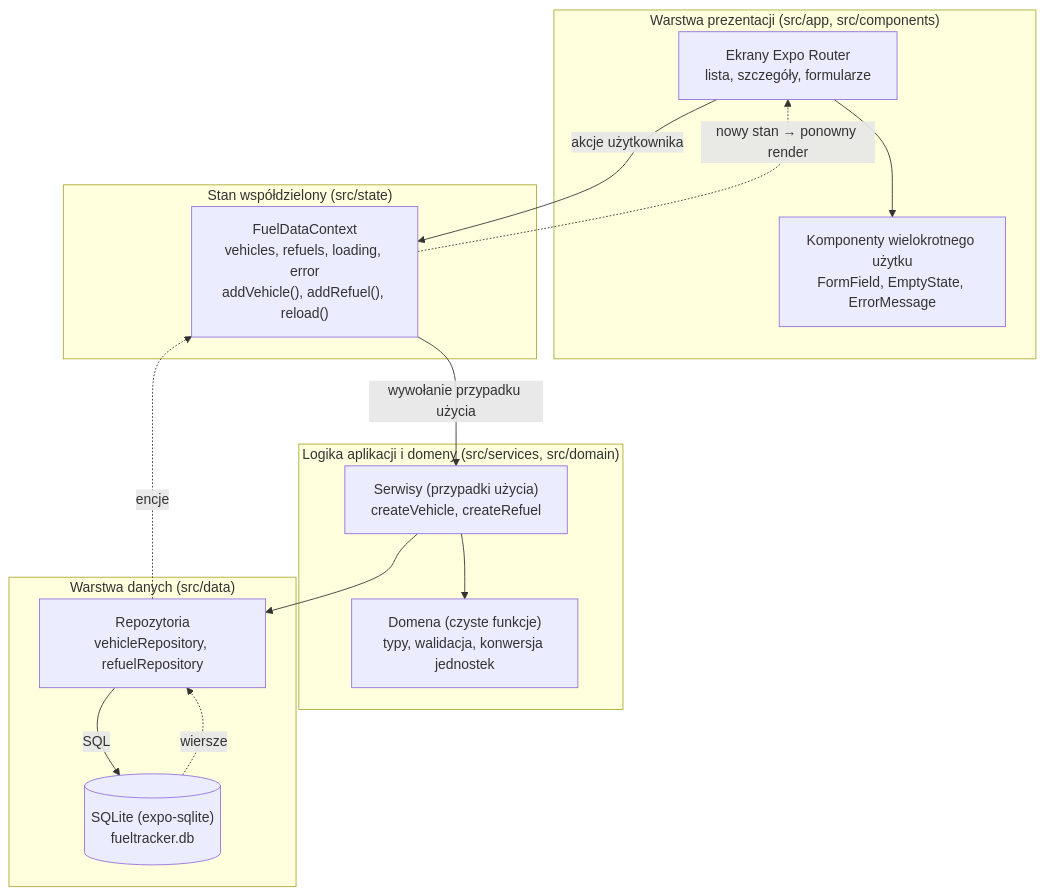
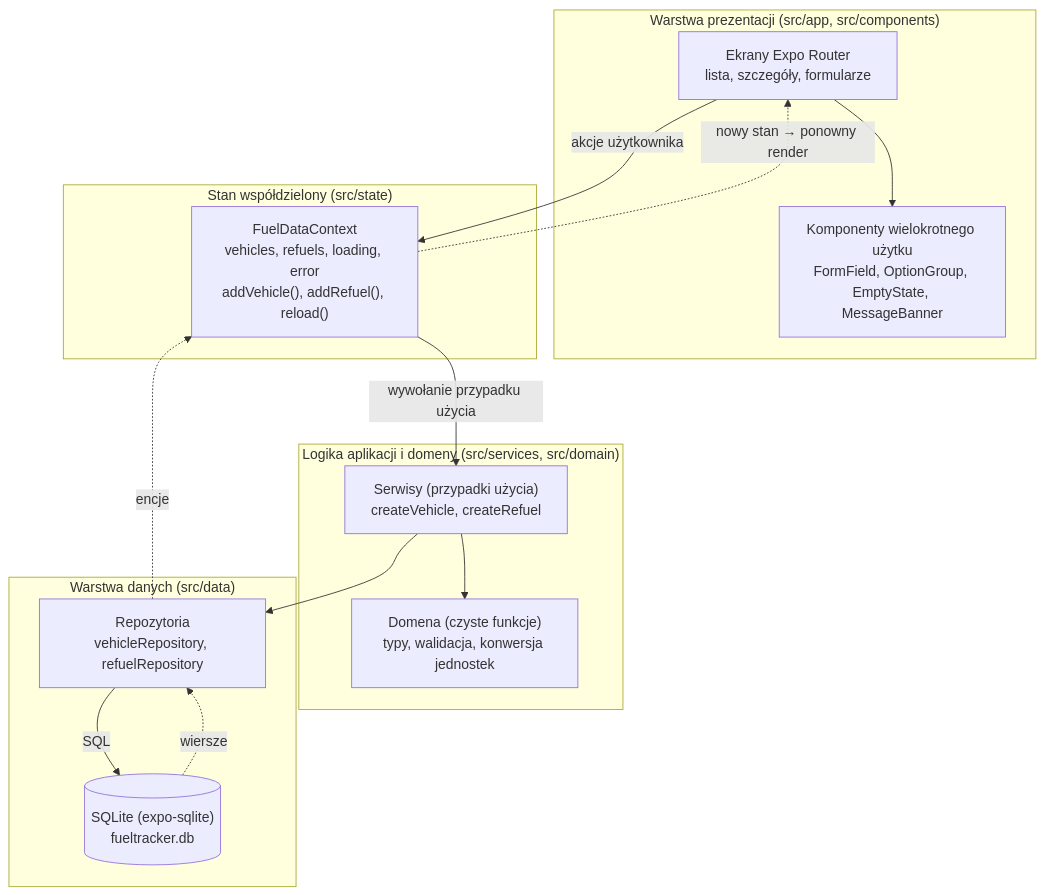
Before and after one commit to Kapek2534/Budowa-aplikacji-mobilnych-z-u-yciem-technologii-frontendowych-Kacper-Sz: the first of 4 diagrams in docs/architecture.md, drawn with Mermaid. The commit also changed 12 other files, not shown here.

````diff
--- a/docs/architecture.md
+++ b/docs/architecture.md
@@ -10,31 +10,31 @@
 ```mermaid
 flowchart TD
     subgraph UI["Warstwa prezentacji (src/app, src/components)"]
         Screens["Ekrany Expo Router<br/>lista, szczegóły, formularze"]
-        Components["Komponenty wielokrotnego użytku<br/>FormField, EmptyState, ErrorMessage"]
+        Components["Komponenty wielokrotnego użytku<br/>FormField, OptionGroup, EmptyState, MessageBanner"]
     end
 
     subgraph State["Stan współdzielony (src/state)"]
         Context["FuelDataContext<br/>vehicles, refuels, loading, error<br/>addVehicle(), addRefuel(), reload()"]
     end
 
     subgraph Logic["Logika aplikacji i domeny (src/services, src/domain)"]
         Services["Serwisy (przypadki użycia)<br/>createVehicle, createRefuel"]
         Domain["Domena (czyste funkcje)<br/>typy, walidacja, konwersja jednostek"]
     end
 
     subgraph Data["Warstwa danych (src/data)"]
         Repos["Repozytoria<br/>vehicleRepository, refuelRepository"]
         DB[("SQLite (expo-sqlite)<br/>fueltracker.db")]
     end
 
     Screens --> Components
     Screens -- "akcje użytkownika" --> Context
     Context -- "wywołanie przypadku użycia" --> Services
     Services --> Domain
     Services --> Repos
     Repos -- "SQL" --> DB
     DB -. "wiersze" .-> Repos
     Repos -. "encje" .-> Context
     Context -. "nowy stan → ponowny render" .-> Screens
 ```
````
